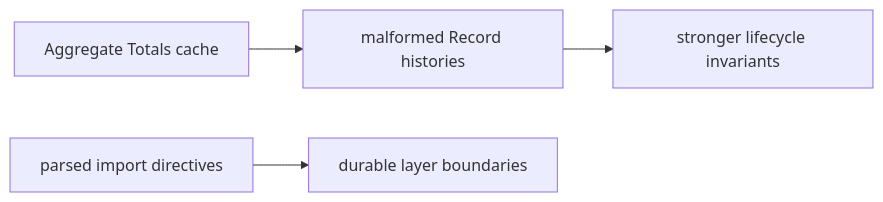
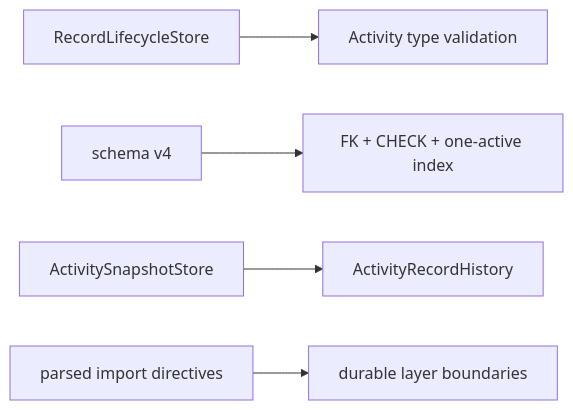
Before and after one commit to Guoyuer/eventTracker: the sixth of 6 diagrams in docs/architecture/module-flow.md, drawn with Mermaid. The commit also changed other lines of this file and 19 other files, not shown here.

````diff
--- a/docs/architecture/module-flow.md
+++ b/docs/architecture/module-flow.md
@@ -170,6 +168,7 @@
 ```mermaid
 flowchart LR
-  AggregateCache["Aggregate Totals cache"] --> Malformed["malformed Record histories"]
-  Malformed --> Invariants["stronger lifecycle invariants"]
+  Lifecycle["RecordLifecycleStore"] --> TypeRules["Activity type validation"]
+  Database["schema v4"] --> Shape["FK + CHECK + one-active index"]
+  Snapshot["ActivitySnapshotStore"] --> History["ActivityRecordHistory"]
   ParsedImports["parsed import directives"] --> Boundaries["durable layer boundaries"]
 ```
````
